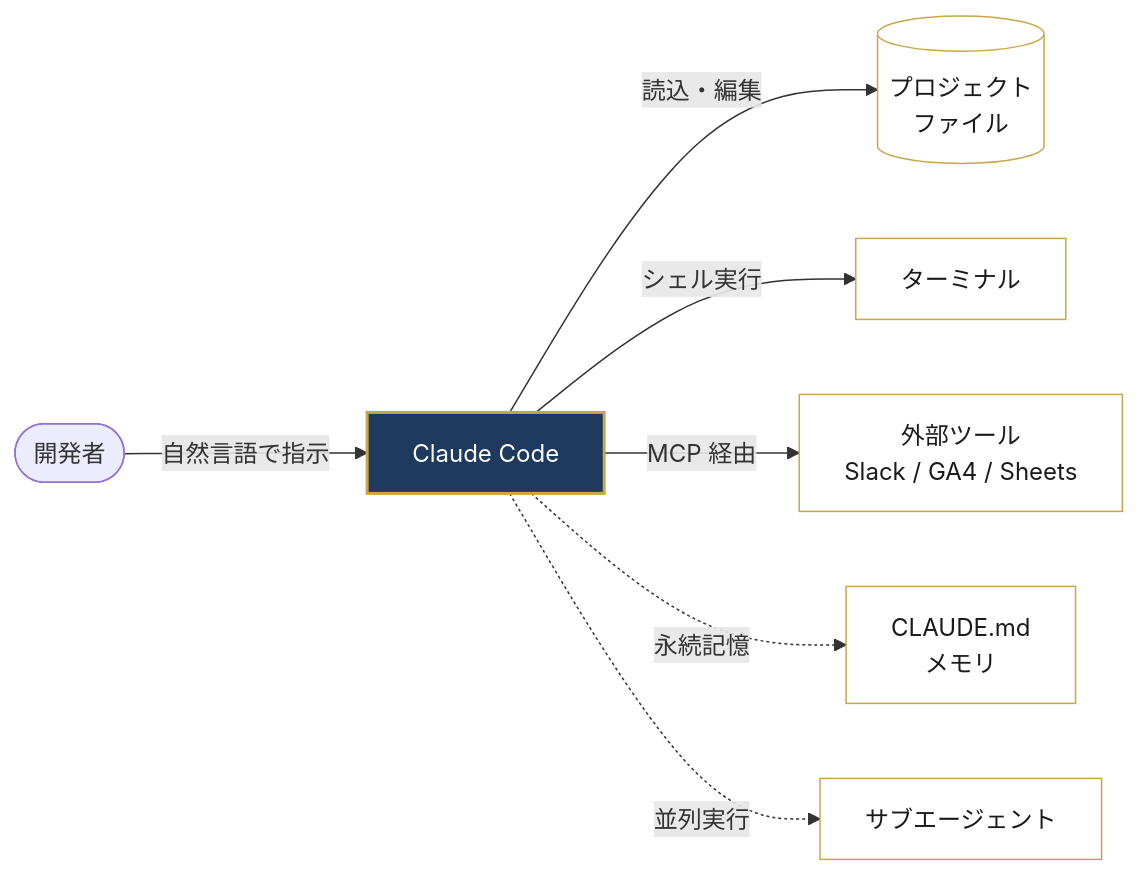
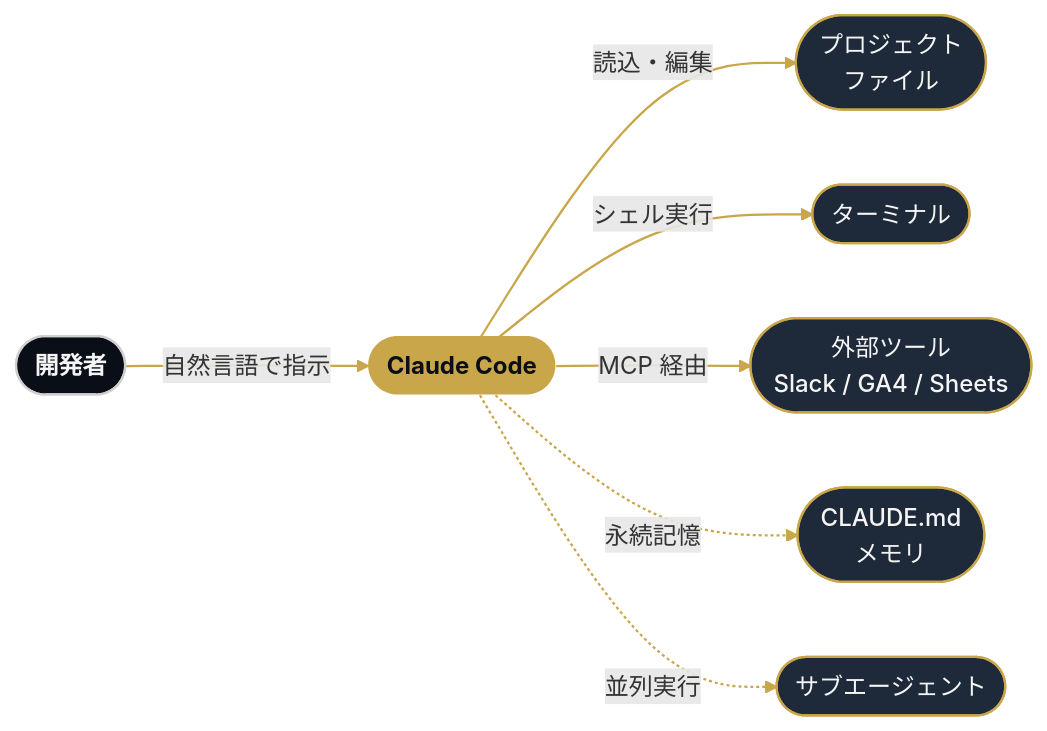
The first of 2 diagrams in src/content/articles/claude-code-introduction-vscode-2026.mdx (mimic-labo/imperial-sakas-site), drawn with Mermaid before and after one commit. The commit also changed other lines of this file and 4 other files, not shown here.

First line of the commit message:
fix(phase-a.1): 画像フィードバック反映 (OG レイアウト改造 + Mermaid モダン化 + ヒーロー再生成)

````diff
--- a/src/content/articles/claude-code-introduction-vscode-2026.mdx
+++ b/src/content/articles/claude-code-introduction-vscode-2026.mdx
@@ -165,13 +165,19 @@
 ```mermaid
 flowchart LR
-  User([開発者]) -->|自然言語で指示| ClaudeCode[Claude Code]
-  ClaudeCode -->|読込・編集| Files[(プロジェクト<br/>ファイル)]
-  ClaudeCode -->|シェル実行| Term[ターミナル]
-  ClaudeCode -->|MCP 経由| Ext[外部ツール<br/>Slack / GA4 / Sheets]
-  ClaudeCode -.->|永続記憶| Memory[CLAUDE.md<br/>メモリ]
-  ClaudeCode -.->|並列実行| Sub[サブエージェント]
-  classDef core fill:#1e3a5f,color:#fff,stroke:#c9a64a,stroke-width:2px
-  classDef ext fill:#fff,color:#1a1a1a,stroke:#c9a64a
+  User([開発者]) -->|自然言語で指示| ClaudeCode([Claude Code])
+  ClaudeCode -->|読込・編集| Files([プロジェクト<br/>ファイル])
+  ClaudeCode -->|シェル実行| Term([ターミナル])
+  ClaudeCode -->|MCP 経由| Ext([外部ツール<br/>Slack / GA4 / Sheets])
+  ClaudeCode -.->|永続記憶| Memory([CLAUDE.md<br/>メモリ])
+  ClaudeCode -.->|並列実行| Sub([サブエージェント])
+
+  classDef core fill:#c9a64a,stroke:#c9a64a,color:#0a0e16,stroke-width:0px,font-weight:700
+  classDef user fill:#0a0e16,stroke:#cfcfcf,color:#f5f5f5,stroke-width:1.5px,font-weight:600
+  classDef ext fill:#1e2a3a,stroke:#c9a64a,color:#f5f5f5,stroke-width:1.5px,font-weight:500
+
   class ClaudeCode core
+  class User user
   class Files,Term,Ext,Memory,Sub ext
+
+  linkStyle default stroke:#c9a64a,stroke-width:1.5px
 ```
````
